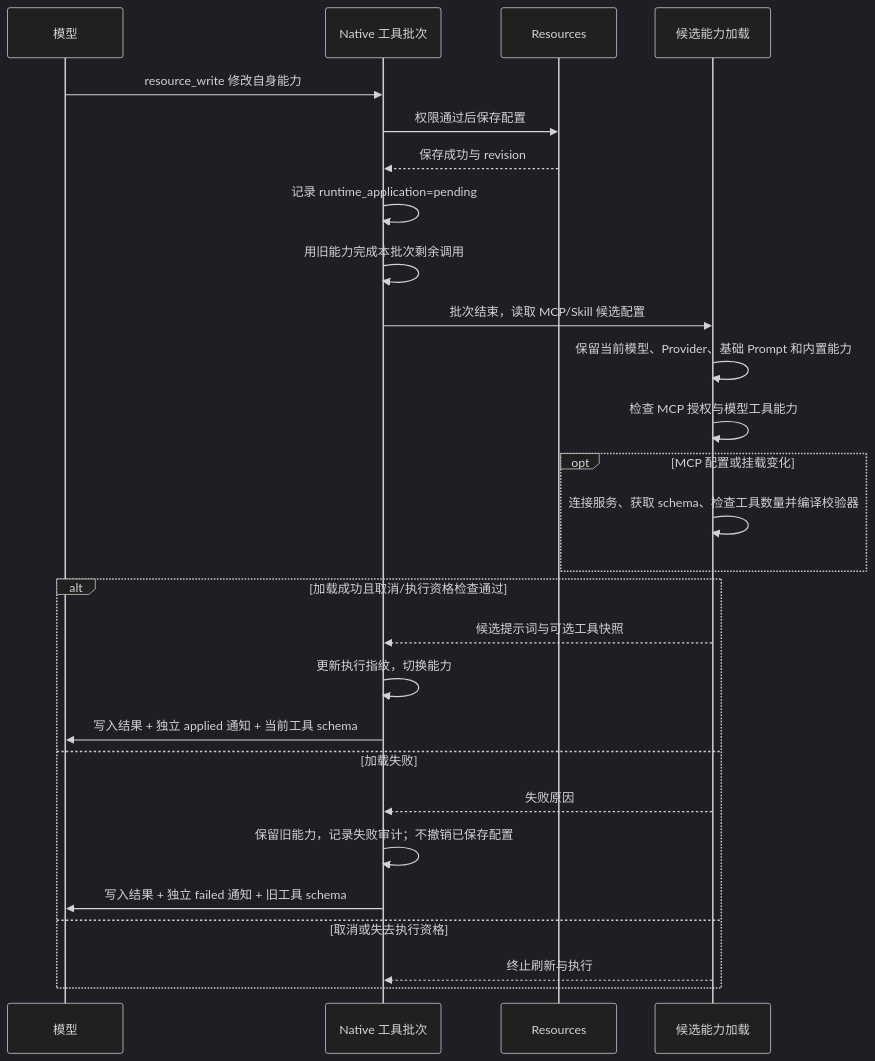
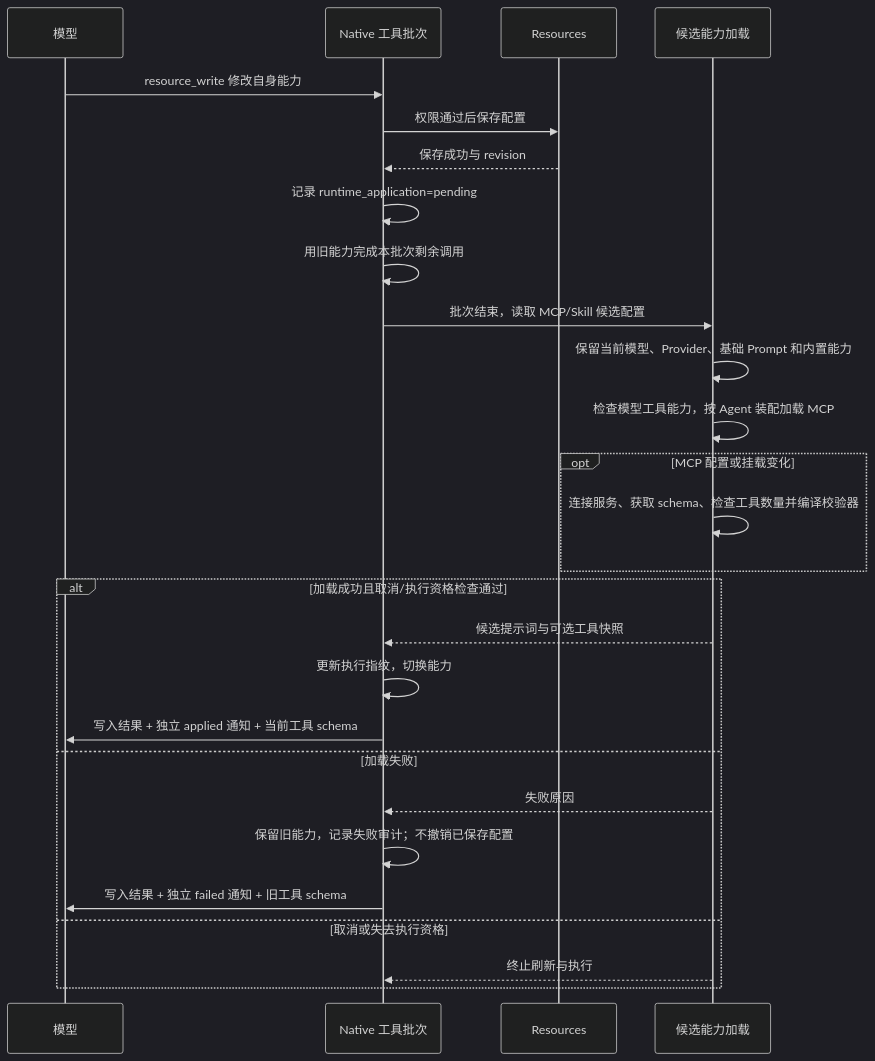
Before and after one commit to blacsheep/agt: the second of 2 diagrams in docs/architecture/resource-flow.md, drawn with Mermaid (dark theme). The commit also changed other lines of this file and 36 other files, not shown here.

Commit message:
refactor: use agent mounts as the MCP availability boundary

````diff
--- a/docs/architecture/resource-flow.md
+++ b/docs/architecture/resource-flow.md
@@ -50,29 +50,29 @@
 ```mermaid
 sequenceDiagram
     participant M as 模型
     participant N as Native 工具批次
     participant R as Resources
     participant C as 候选能力加载
     M->>N: resource_write 修改自身能力
     N->>R: 权限通过后保存配置
     R-->>N: 保存成功与 revision
     N->>N: 记录 runtime_application=pending
     N->>N: 用旧能力完成本批次剩余调用
     N->>C: 批次结束，读取 MCP/Skill 候选配置
     C->>C: 保留当前模型、Provider、基础 Prompt 和内置能力
-    C->>C: 检查 MCP 授权与模型工具能力
+    C->>C: 检查模型工具能力，按 Agent 装配加载 MCP
     opt MCP 配置或挂载变化
         C->>C: 连接服务、获取 schema、检查工具数量并编译校验器
     end
     alt 加载成功且取消/执行资格检查通过
         C-->>N: 候选提示词与可选工具快照
         N->>N: 更新执行指纹，切换能力
         N->>M: 写入结果 + 独立 applied 通知 + 当前工具 schema
     else 加载失败
         C-->>N: 失败原因
         N->>N: 保留旧能力，记录失败审计；不撤销已保存配置
         N->>M: 写入结果 + 独立 failed 通知 + 旧工具 schema
     else 取消或失去执行资格
         C-->>N: 终止刷新与执行
     end
 ```
````
